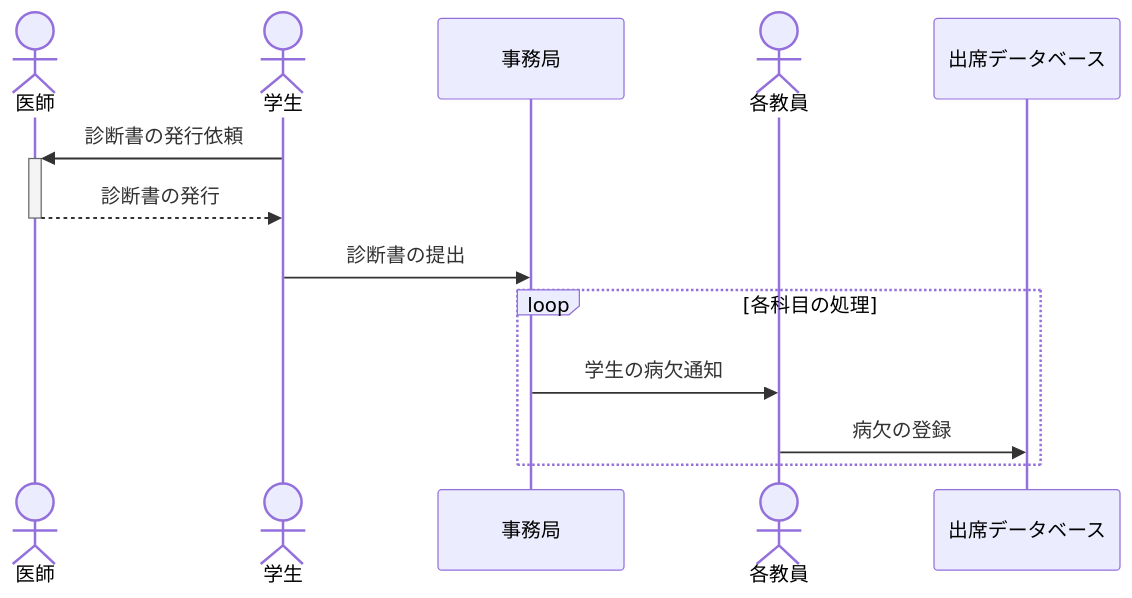
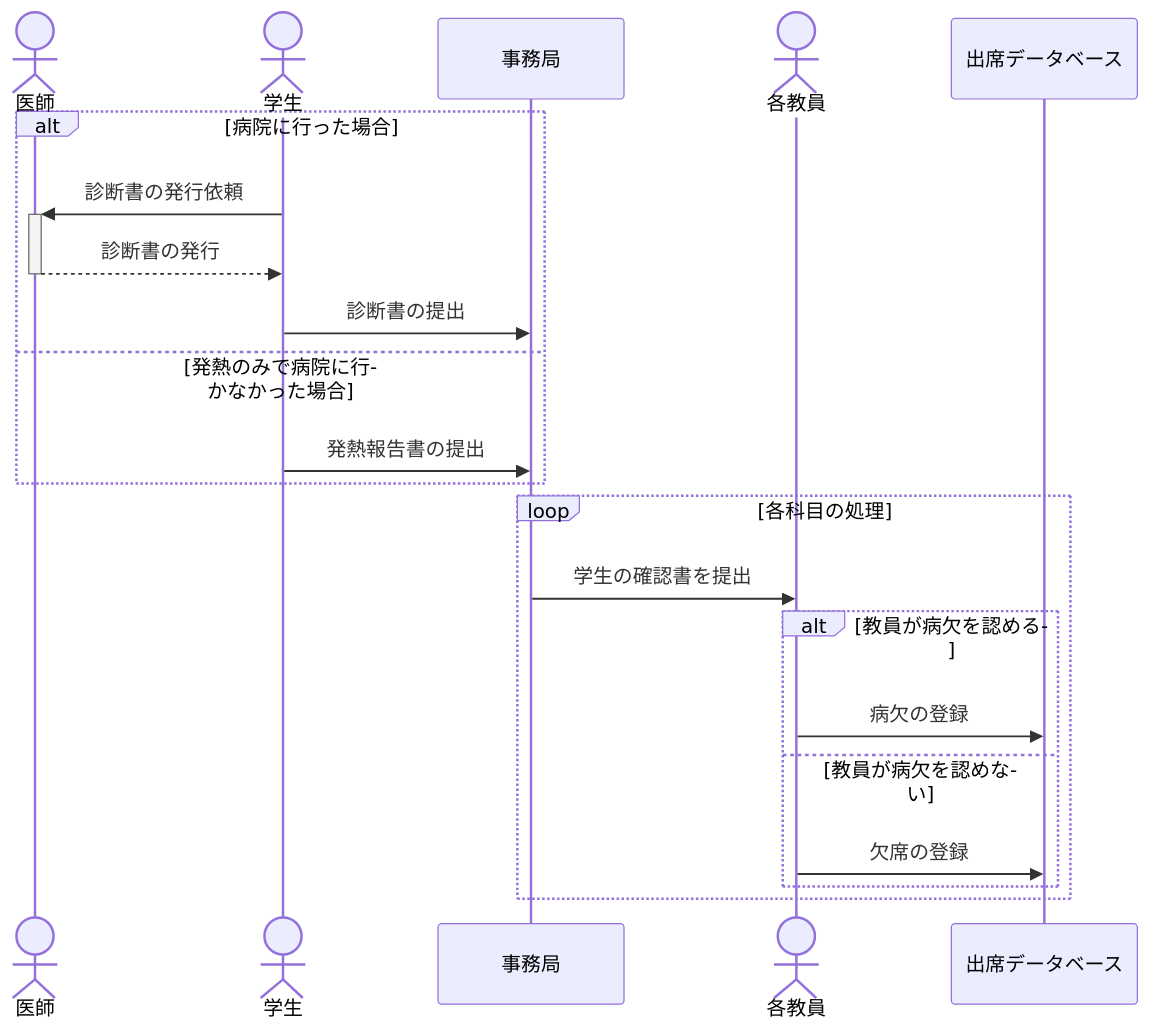
Before and after one commit to ShouyaKamoshita/mermaid-test: the diagram in README.md, drawn with Mermaid.

````diff
--- a/README.md
+++ b/README.md
@@ -1,16 +1,24 @@
 ```mermaid
 sequenceDiagram
 actor i as 医師
 actor s as 学生
 participant j as 事務局
 actor t as 各教員
 participant d as 出席データベース
 
+alt 病院に行った場合
 s ->>+ i : 診断書の発行依頼
 i -->>- s : 診断書の発行
 s ->> j : 診断書の提出
+else 発熱のみで病院に行かなかった場合
+s ->> j : 発熱報告書の提出
+end
 loop 各科目の処理
-j ->> t : 学生の病欠通知
+j ->> t : 学生の確認書を提出
+alt 教員が病欠を認める
 t ->> d : 病欠の登録
+else 教員が病欠を認めない
+t ->> d : 欠席の登録
+end
 end
 ```
````
